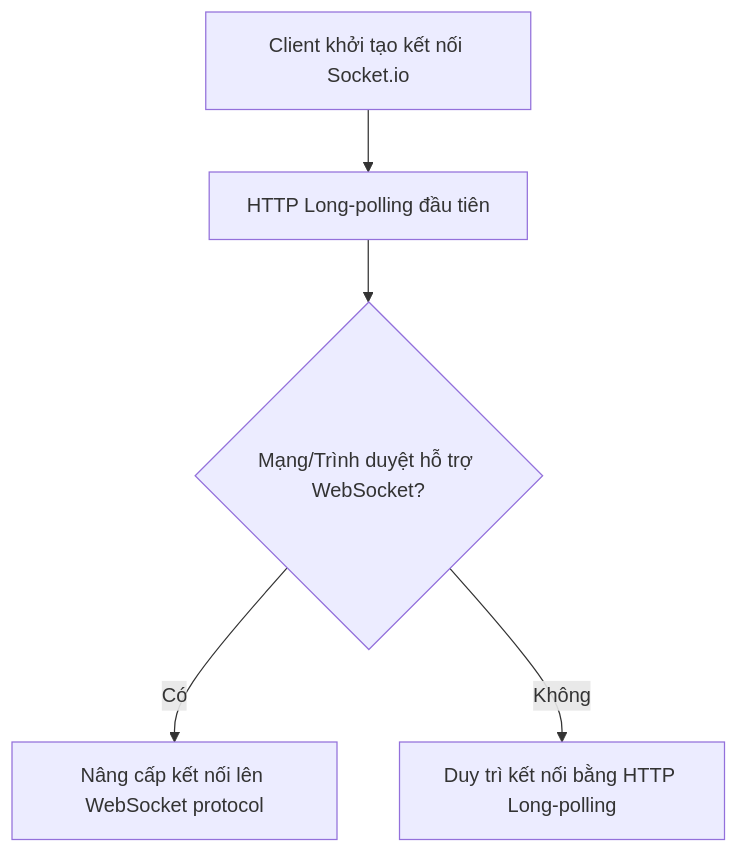
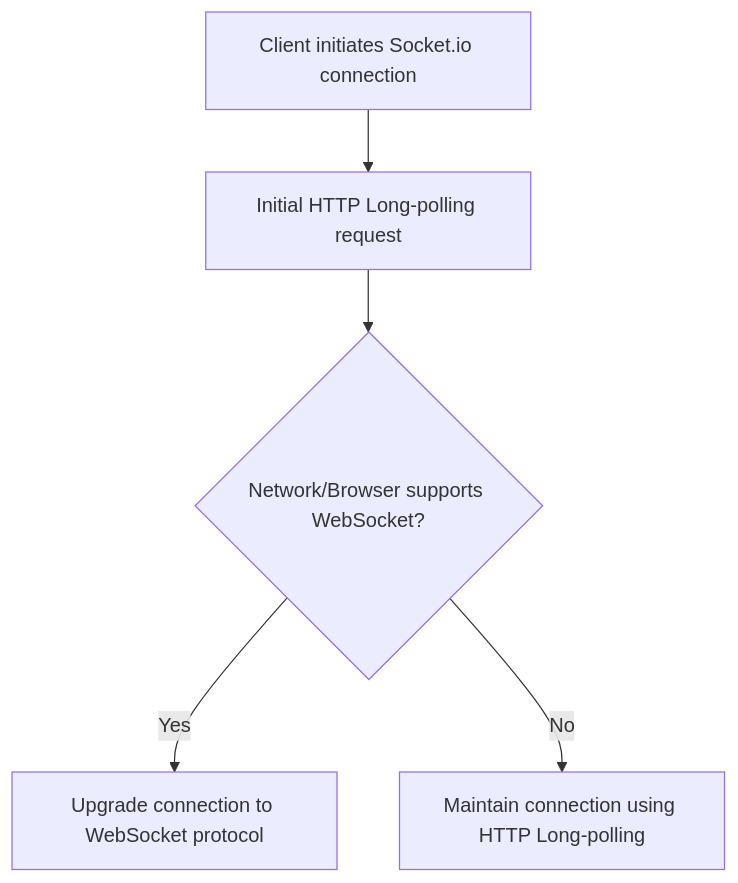
One commit to HarryDo29/go-app changed the third of 3 diagrams in scripts/websocket.md. Above: the diagram before and after it, drawn with Mermaid. The commit also changed other lines of this file and 3 other files, not shown here.

````diff
--- a/scripts/websocket.md
+++ b/scripts/websocket.md
@@ -238,7 +238,7 @@
 ```mermaid
 flowchart TD
-    A[Client khởi tạo kết nối Socket.io] --> B[HTTP Long-polling đầu tiên]
-    B --> C{Mạng/Trình duyệt hỗ trợ WebSocket?}
-    C -->|Có| D[Nâng cấp kết nối lên WebSocket protocol]
-    C -->|Không| E[Duy trì kết nối bằng HTTP Long-polling]
+    A[Client initiates Socket.io connection] --> B[Initial HTTP Long-polling request]
+    B --> C{Network/Browser supports WebSocket?}
+    C -->|Yes| D[Upgrade connection to WebSocket protocol]
+    C -->|No| E[Maintain connection using HTTP Long-polling]
 ```
````
